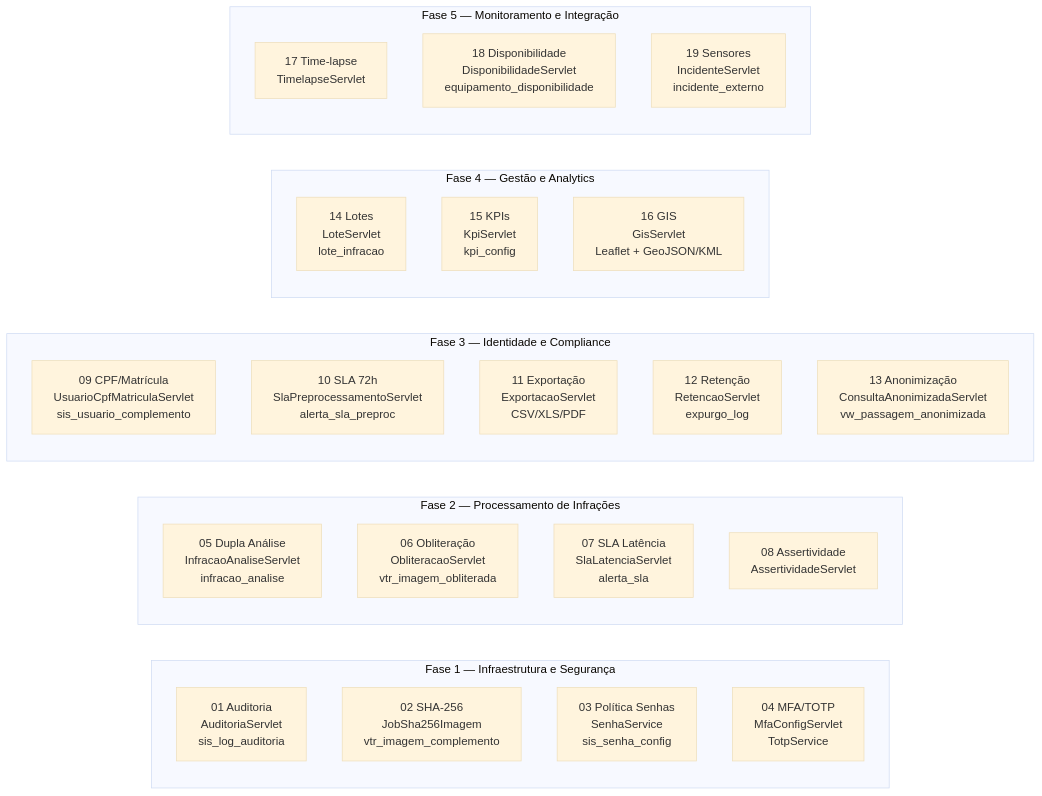
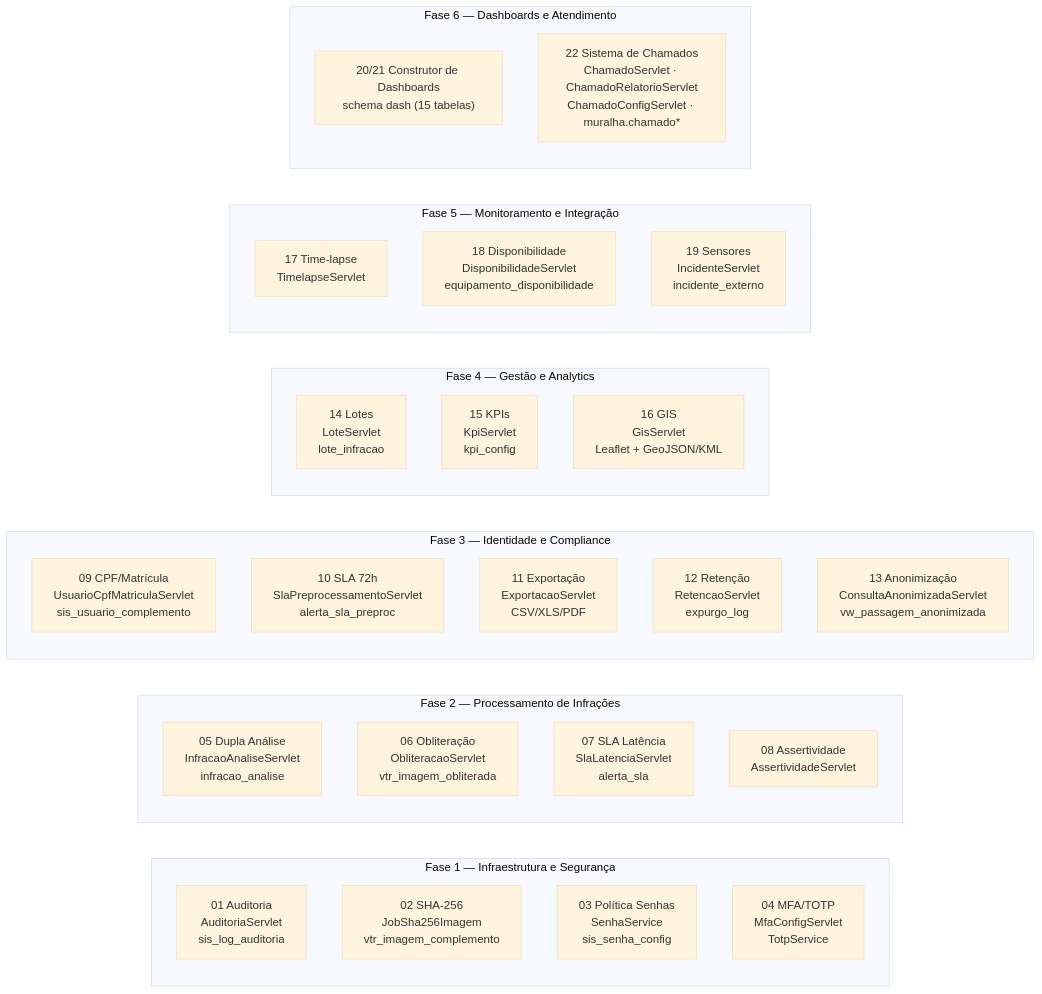
One commit to gustavoflandal/GTW-CWB changed the second of 6 diagrams in docs/diagrama-arquitetura/arquitetura-sistema.md. Above: the diagram before and after it, drawn with Mermaid (base theme). The commit also changed other lines of this file and 75 other files, not shown here.

Commit message:
Atualiza o catalogo e os diagramas do banco de dados (2026-10-15)

````diff
--- a/docs/diagrama-arquitetura/arquitetura-sistema.md
+++ b/docs/diagrama-arquitetura/arquitetura-sistema.md
@@ -84,36 +96,41 @@
 ```mermaid
 graph LR
     subgraph Fase1["Fase 1 — Infraestrutura e Segurança"]
         P01["01 Auditoria<br/>AuditoriaServlet<br/>sis_log_auditoria"]
         P02["02 SHA-256<br/>JobSha256Imagem<br/>vtr_imagem_complemento"]
         P03["03 Política Senhas<br/>SenhaService<br/>sis_senha_config"]
         P04["04 MFA/TOTP<br/>MfaConfigServlet<br/>TotpService"]
     end
 
     subgraph Fase2["Fase 2 — Processamento de Infrações"]
         P05["05 Dupla Análise<br/>InfracaoAnaliseServlet<br/>infracao_analise"]
         P06["06 Obliteração<br/>ObliteracaoServlet<br/>vtr_imagem_obliterada"]
         P07["07 SLA Latência<br/>SlaLatenciaServlet<br/>alerta_sla"]
         P08["08 Assertividade<br/>AssertividadeServlet"]
     end
 
     subgraph Fase3["Fase 3 — Identidade e Compliance"]
         P09["09 CPF/Matrícula<br/>UsuarioCpfMatriculaServlet<br/>sis_usuario_complemento"]
         P10["10 SLA 72h<br/>SlaPreprocessamentoServlet<br/>alerta_sla_preproc"]
         P11["11 Exportação<br/>ExportacaoServlet<br/>CSV/XLS/PDF"]
         P12["12 Retenção<br/>RetencaoServlet<br/>expurgo_log"]
         P13["13 Anonimização<br/>ConsultaAnonimizadaServlet<br/>vw_passagem_anonimizada"]
     end
 
     subgraph Fase4["Fase 4 — Gestão e Analytics"]
         P14["14 Lotes<br/>LoteServlet<br/>lote_infracao"]
         P15["15 KPIs<br/>KpiServlet<br/>kpi_config"]
         P16["16 GIS<br/>GisServlet<br/>Leaflet + GeoJSON/KML"]
     end
 
     subgraph Fase5["Fase 5 — Monitoramento e Integração"]
         P17["17 Time-lapse<br/>TimelapseServlet"]
         P18["18 Disponibilidade<br/>DisponibilidadeServlet<br/>equipamento_disponibilidade"]
         P19["19 Sensores<br/>IncidenteServlet<br/>incidente_externo"]
     end
+
+    subgraph Fase6["Fase 6 — Dashboards e Atendimento"]
+        P20["20/21 Construtor de Dashboards<br/>schema dash (15 tabelas)"]
+        P22["22 Sistema de Chamados<br/>ChamadoServlet · ChamadoRelatorioServlet<br/>ChamadoConfigServlet · muralha.chamado*"]
+    end
 ```
````
